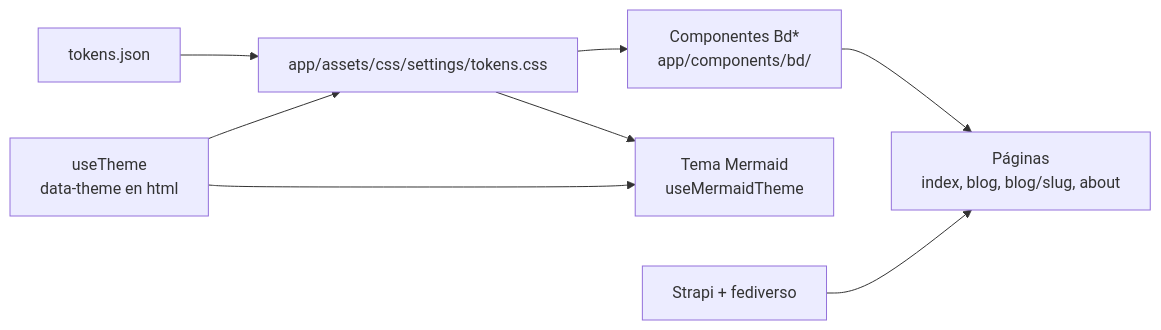
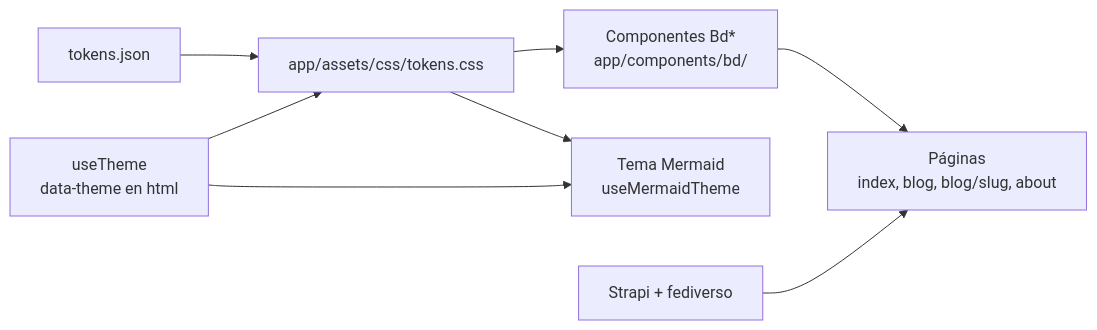
The first of 5 diagrams in docs/design/DESIGN.md (ale9420/devbog-blog-front), drawn with Mermaid before and after one commit. The commit also changed other lines of this file, not shown here.

````diff
--- a/docs/design/DESIGN.md
+++ b/docs/design/DESIGN.md
@@ -119,10 +120,10 @@
 ```mermaid
 flowchart LR
-    T[tokens.json] --> C[app/assets/css/settings/tokens.css]
+    T[tokens.json] --> C[app/assets/css/tokens.css]
     C --> K[Componentes Bd*<br/>app/components/bd/]
     C --> M[Tema Mermaid<br/>useMermaidTheme]
     K --> P[Páginas<br/>index, blog, blog/slug, about]
     S[useTheme<br/>data-theme en html] --> C
     S --> M
     A[Strapi + fediverso] --> P
 ```
````
